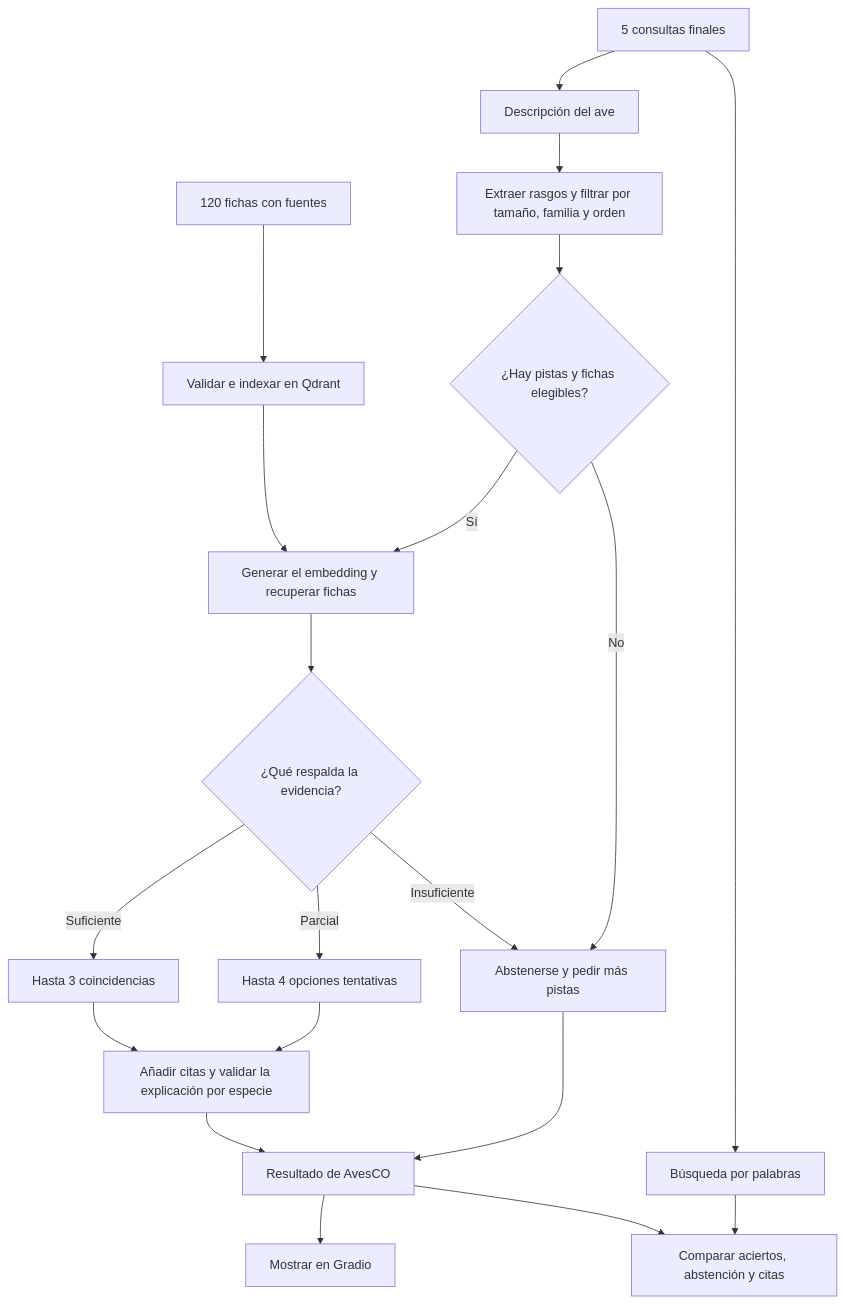
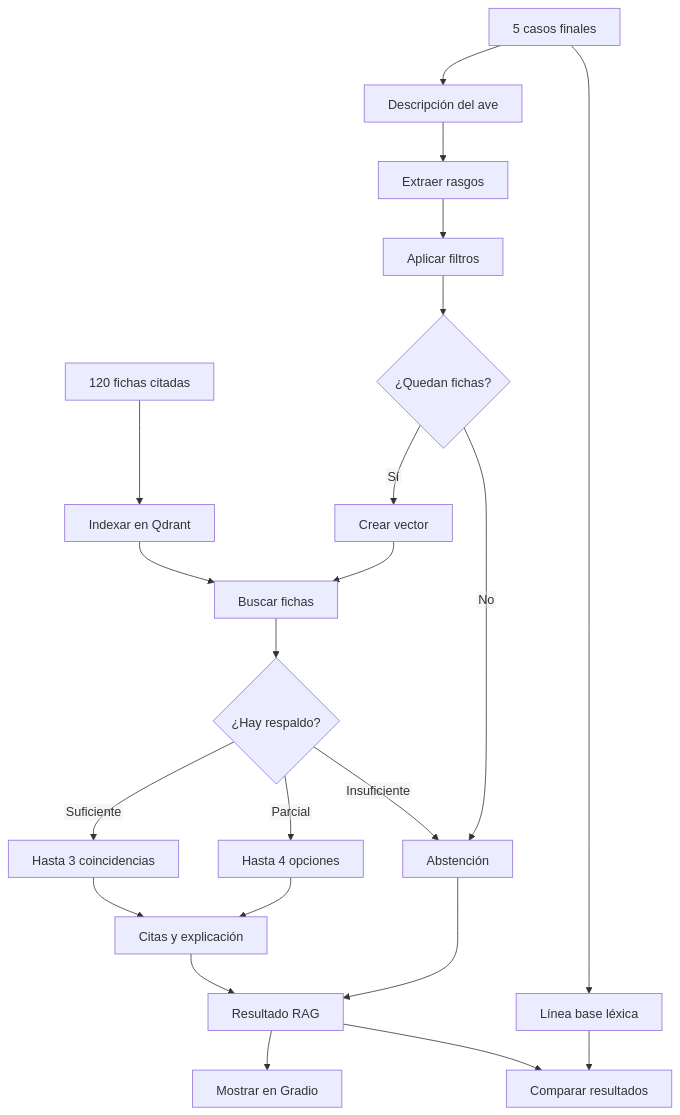
The first of 2 diagrams in README.md (JulianJ07/RAG_Detector_Ave), drawn with Mermaid before and after one commit. The commit also changed other lines of this file, not shown here.

Commit message:
Revise flowchart for AvesCO methodology
Updated flowchart in README to reflect changes in filtering and evidence evaluation process.

````diff
--- a/README.md
+++ b/README.md
@@ -45,26 +45,32 @@
 ```mermaid
+---
+config:
+  htmlLabels: false
+---
 flowchart TD
-    fichas["120 fichas con fuentes"] --> indice["Validar e indexar en Qdrant"]
-    consulta["Descripción del ave"] --> filtros["Extraer rasgos y filtrar por tamaño, familia y orden"]
-    filtros --> elegibles{"¿Hay pistas y fichas elegibles?"}
+    fichas["120 fichas citadas"] --> indice["Indexar en Qdrant"]
+    consulta["Descripción del ave"] --> rasgos["Extraer rasgos"]
+    rasgos --> filtros["Aplicar filtros"]
+    filtros --> elegibles{"¿Quedan fichas?"}
 
-    elegibles -->|Sí| buscar["Generar el embedding y recuperar fichas"]
+    elegibles -->|Sí| vector["Crear vector"]
+    vector --> buscar["Buscar fichas"]
     indice --> buscar
-    buscar --> evidencia{"¿Qué respalda la evidencia?"}
+    buscar --> evidencia{"¿Hay respaldo?"}
 
-    evidencia -->|Suficiente| coincidencias["Hasta 3 coincidencias"]
-    evidencia -->|Parcial| tentativas["Hasta 4 opciones tentativas"]
-    coincidencias --> respuesta["Añadir citas y validar la explicación por especie"]
-    tentativas --> respuesta
+    evidencia -->|Suficiente| firmes["Hasta 3 coincidencias"]
+    evidencia -->|Parcial| tentativas["Hasta 4 opciones"]
+    evidencia -->|Insuficiente| abstener["Abstención"]
+    elegibles -->|No| abstener
 
-    elegibles -->|No| abstencion["Abstenerse y pedir más pistas"]
-    evidencia -->|Insuficiente| abstencion
-    respuesta --> salida["Resultado de AvesCO"]
-    abstencion --> salida
-    salida --> interfaz["Mostrar en Gradio"]
+    firmes --> citas["Citas y explicación"]
+    tentativas --> citas
+    citas --> resultado["Resultado RAG"]
+    abstener --> resultado
+    resultado --> gradio["Mostrar en Gradio"]
 
-    casos["5 consultas finales"] --> consulta
-    casos --> base["Búsqueda por palabras"]
-    base --> evaluacion["Comparar aciertos, abstención y citas"]
-    salida --> evaluacion
+    casos["5 casos finales"] --> consulta
+    casos --> base["Línea base léxica"]
+    base --> evaluar["Comparar resultados"]
+    resultado --> evaluar
 ```
````
